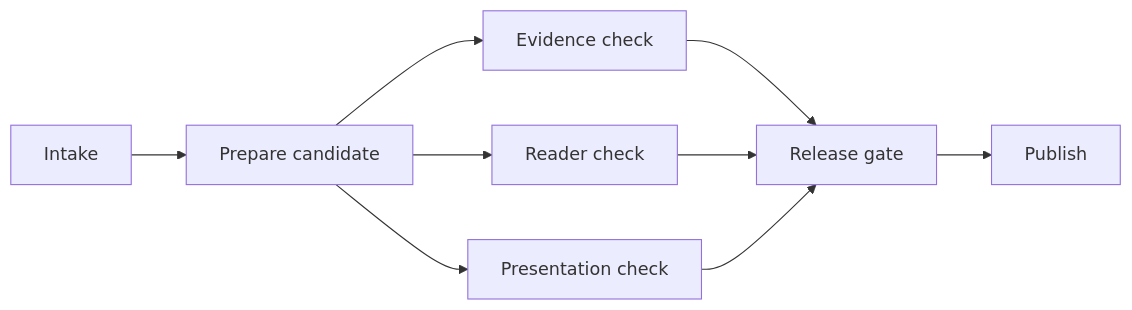
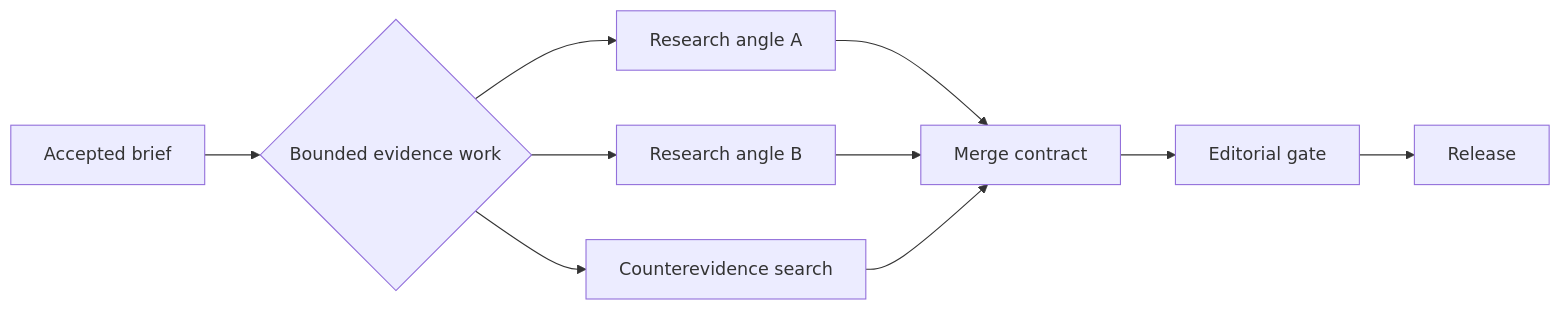
Before and after one commit to Herbertcuba/herbertcuba-personal-blog: the second of 2 diagrams in src/drafts/df3f4646.md, drawn with Mermaid. The commit also changed other lines of this file, not shown here.

Commit message:
draft(t_3af0b546): Use a Pipeline Until the Work Proves It Needs a Graph

````diff
--- a/src/drafts/df3f4646.md
+++ b/src/drafts/df3f4646.md
@@ -92,11 +47,12 @@
 ```mermaid
 flowchart LR
-    I[Intake] --> P[Prepare candidate]
-    P --> E[Evidence check]
-    P --> R[Reader check]
-    P --> V[Presentation check]
-    E --> G[Release gate]
-    R --> G
-    V --> G
-    G --> U[Publish]
+    A[Accepted brief] --> B{Bounded evidence work}
+    B --> R1[Research angle A]
+    B --> R2[Research angle B]
+    B --> R3[Counterevidence search]
+    R1 --> M[Merge contract]
+    R2 --> M
+    R3 --> M
+    M --> G[Editorial gate]
+    G --> P[Release]
 ```
````
